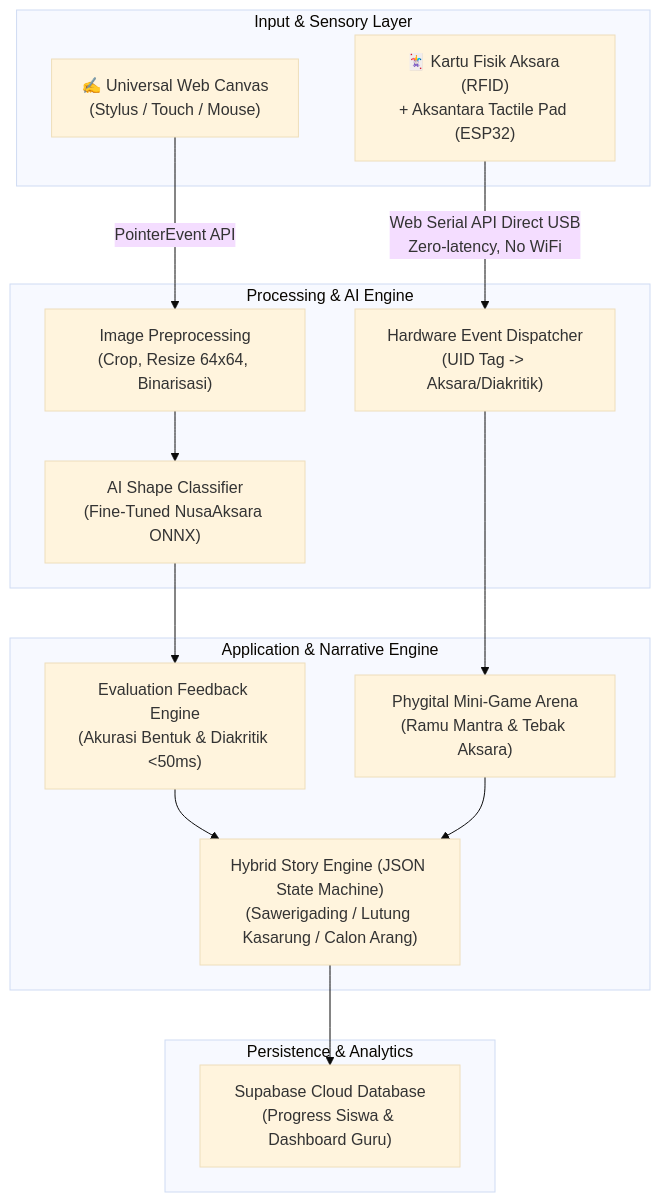
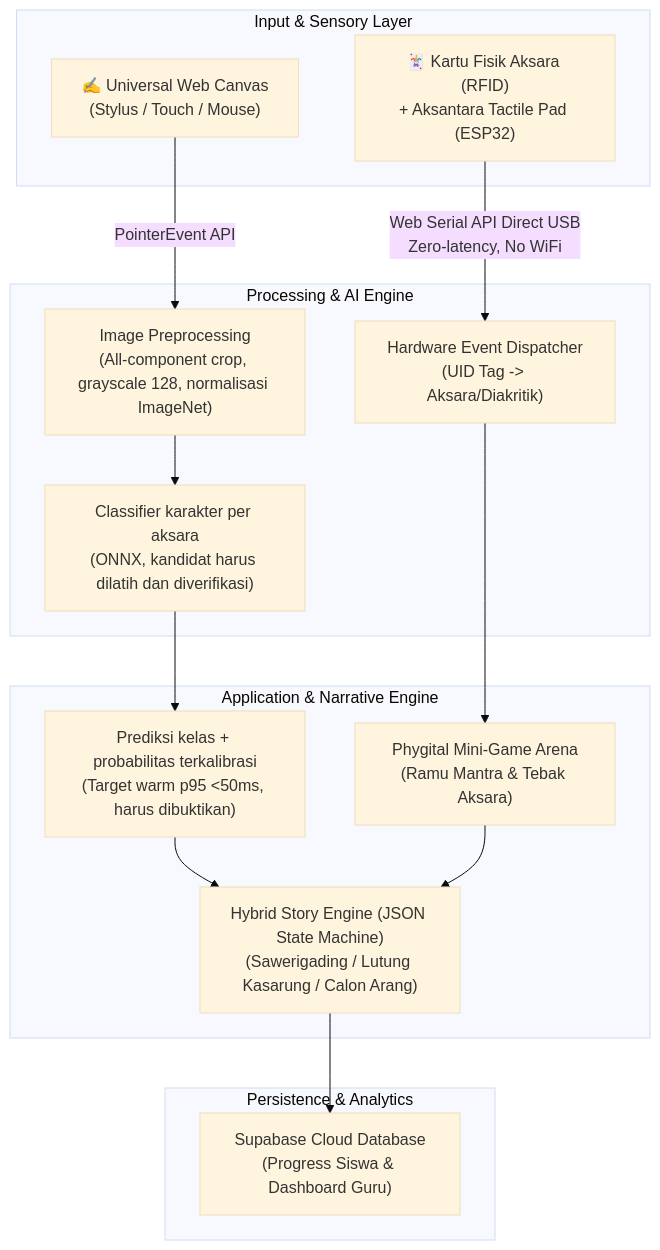
Before and after one commit to EvanCN10/aksantara: the diagram in README.md, drawn with Mermaid (base theme). The commit also changed other lines of this file and 6 other files, not shown here.

Commit message:
docs(ssot): update SSOT v3.1, roadmap plans, and project specifications

````diff
--- a/README.md
+++ b/README.md
@@ -35,24 +35,24 @@
 ```mermaid
 flowchart TD
     subgraph Input_Layer ["Input & Sensory Layer"]
         A["✍️ Universal Web Canvas\n(Stylus / Touch / Mouse)"]
         B["🃏 Kartu Fisik Aksara (RFID)\n+ Aksantara Tactile Pad (ESP32)"]
     end
 
     subgraph Processing_Layer ["Processing & AI Engine"]
-        A -->|PointerEvent API| C["Image Preprocessing\n(Crop, Resize 64x64, Binarisasi)"]
-        C --> D["AI Shape Classifier\n(Fine-Tuned NusaAksara ONNX)"]
+        A -->|PointerEvent API| C["Image Preprocessing\n(All-component crop, grayscale 128, normalisasi ImageNet)"]
+        C --> D["Classifier karakter per aksara\n(ONNX, kandidat harus dilatih dan diverifikasi)"]
         B -->|Web Serial API Direct USB\nZero-latency, No WiFi| E["Hardware Event Dispatcher\n(UID Tag -> Aksara/Diakritik)"]
     end
 
     subgraph Core_Engine ["Application & Narrative Engine"]
-        D --> F["Evaluation Feedback Engine\n(Akurasi Bentuk & Diakritik <50ms)"]
+        D --> F["Prediksi kelas + probabilitas terkalibrasi\n(Target warm p95 <50ms, harus dibuktikan)"]
         E --> G["Phygital Mini-Game Arena\n(Ramu Mantra & Tebak Aksara)"]
         F --> H["Hybrid Story Engine (JSON State Machine)\n(Sawerigading / Lutung Kasarung / Calon Arang)"]
         G --> H
     end
 
     subgraph Persistence ["Persistence & Analytics"]
         H --> I["Supabase Cloud Database\n(Progress Siswa & Dashboard Guru)"]
     end
 ```
````
